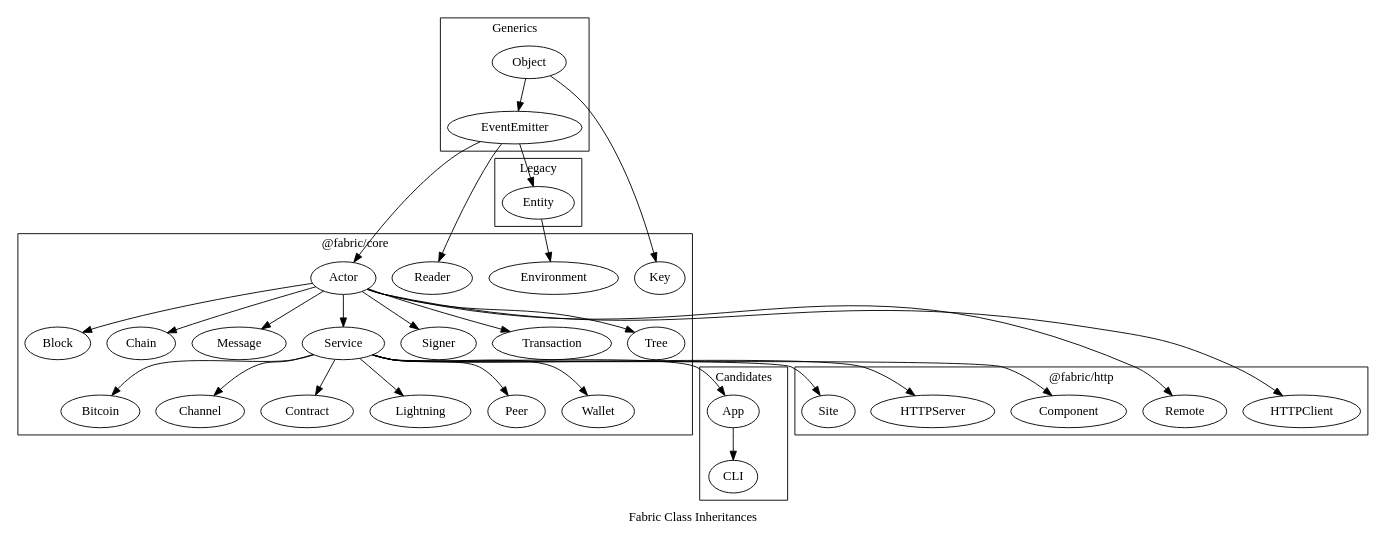
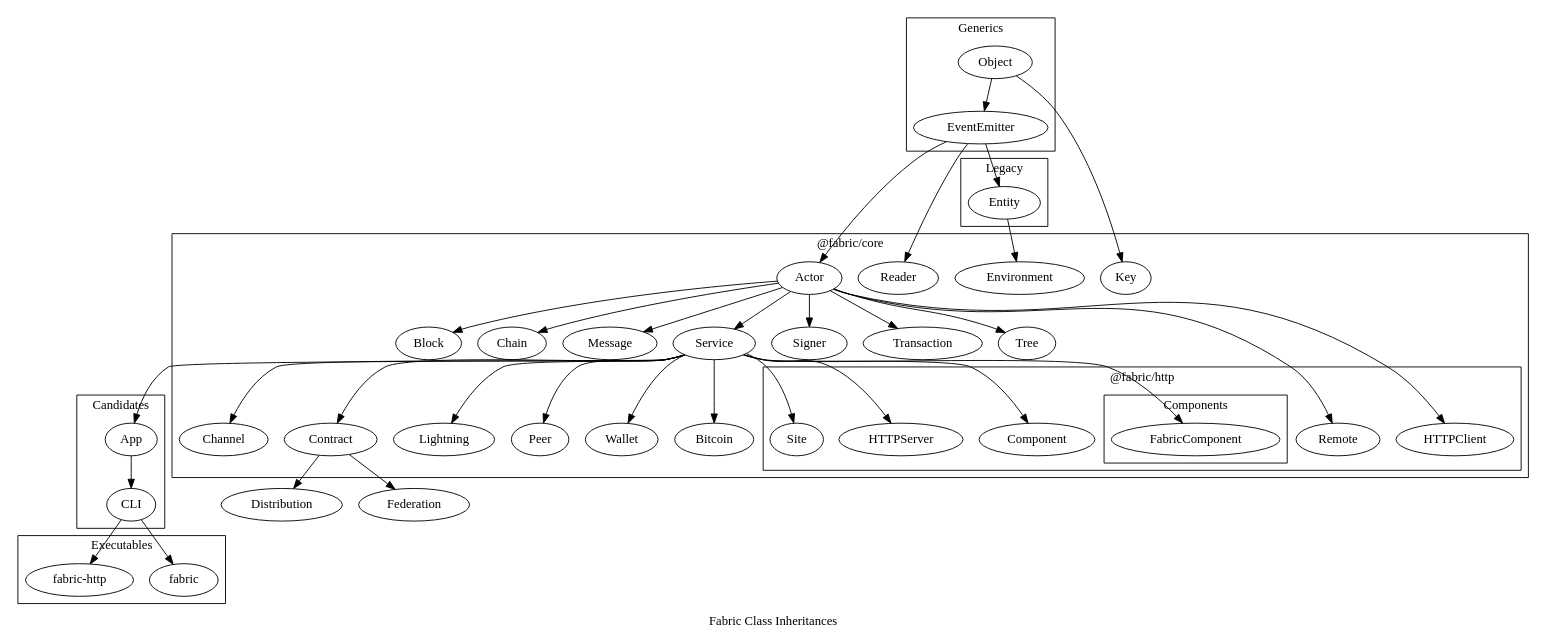
The diagram in contracts/classes.dot (FabricLabs/fabric-http), drawn with Graphviz before and after one commit. The commit also changed 2 other files, not shown here.

```diff
--- a/contracts/classes.dot
+++ b/contracts/classes.dot
@@ -1,90 +1,113 @@
 digraph FabricClasses {
   label = "Fabric Class Inheritances"
   rankdir = "TB"
+
+  subgraph cluster_binaries {
+    label = "Executables"
+    "fabric"
+    "fabric-http"
+  }
 
   subgraph cluster_generics {
     label = "Generics"
     "Object"
     "EventEmitter"
   }
 
   subgraph cluster_core {
     label = "@fabric/core"
     "Actor"
     "Block"
     "Bitcoin"
     "Chain"
     "Channel"
     "Contract"
     "Environment"
     "Key"
     "Lightning"
     "Message"
     "Peer"
     "Reader"
     "Service"
     "Signer"
     "Transaction"
     "Tree"
     "Wallet"
-  }
 
-  subgraph cluster_http {
-    label = "@fabric/http"
-    "Component"
-    "Remote"
-    "Site"
-    "HTTPClient"
-    "HTTPServer"
+    subgraph cluster_http {
+      label = "@fabric/http"
+      "Component"
+      "Remote"
+      "Site"
+      "HTTPClient"
+      "HTTPServer"
+
+      subgraph cluster_components {
+        label = "Components"
+        "FabricComponent"
+      }
+    }
   }
 
   subgraph cluster_candidates {
     label = "Candidates"
     "App"
     "CLI"
   }
 
   subgraph cluster_legacy {
     label = "Legacy"
     "Entity"
   }
 
   "Actor" -> {
     "Block"
     "Chain"
     "Message"
     "Service"
     "Signer"
     "Transaction"
     "Tree"
     "Remote"
     "HTTPClient"
   }
 
   "App" -> {
     "CLI"
   }
 
+  "CLI" -> {
+    "fabric"
+    "fabric-http"
+  }
+
+  "Contract" -> {
+    "Distribution"
+    "Federation"
+  }
+
   "Entity" -> "Environment"
   "EventEmitter" -> {
     "Actor"
     "Entity"
     "Reader"
   }
 
   "Object" -> "EventEmitter"
   "Object" -> "Key"
 
   "Service" -> {
     "App"
     "Bitcoin"
     "Channel"
     "Contract"
     "Lightning"
     "Peer"
     "Wallet"
     "Site"
     "HTTPServer"
     "Component"
+    "FabricComponent"
   }
+
 }
```
